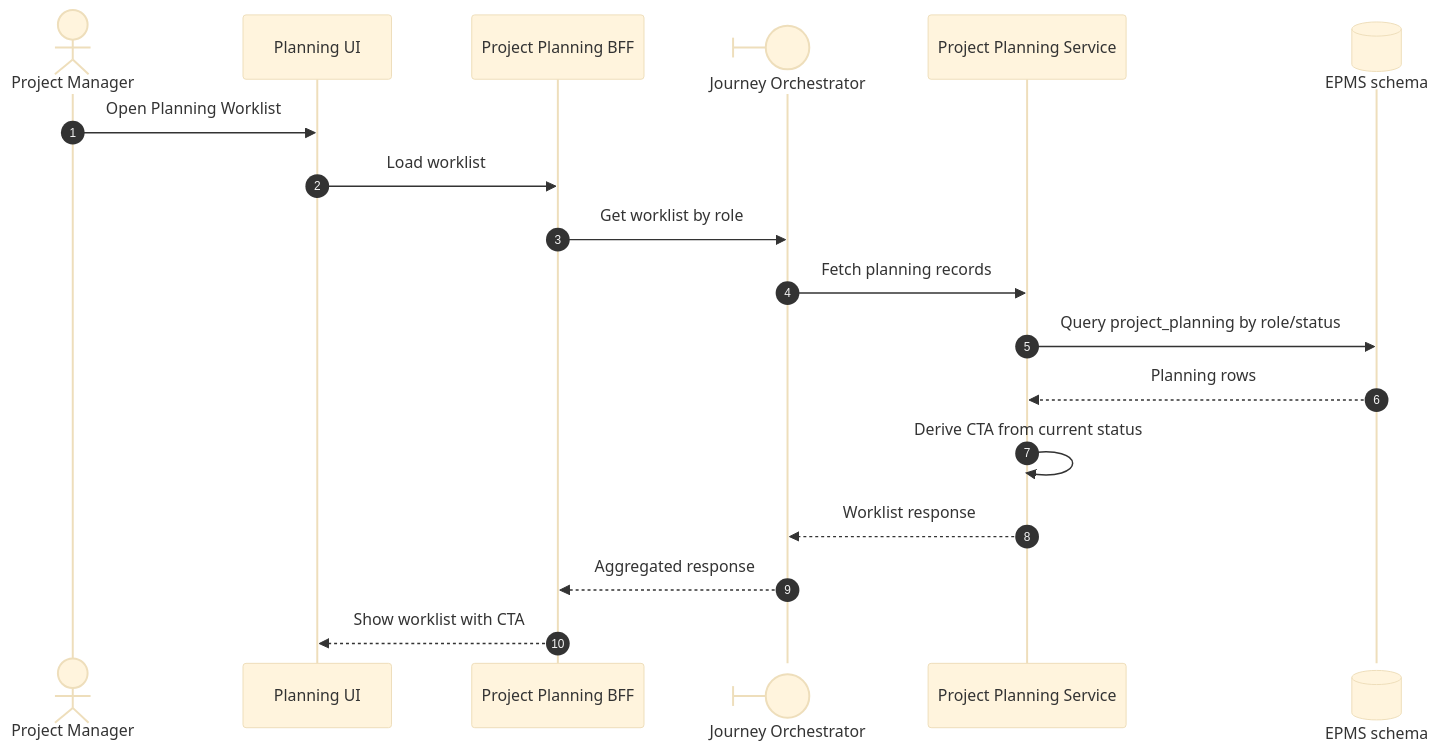
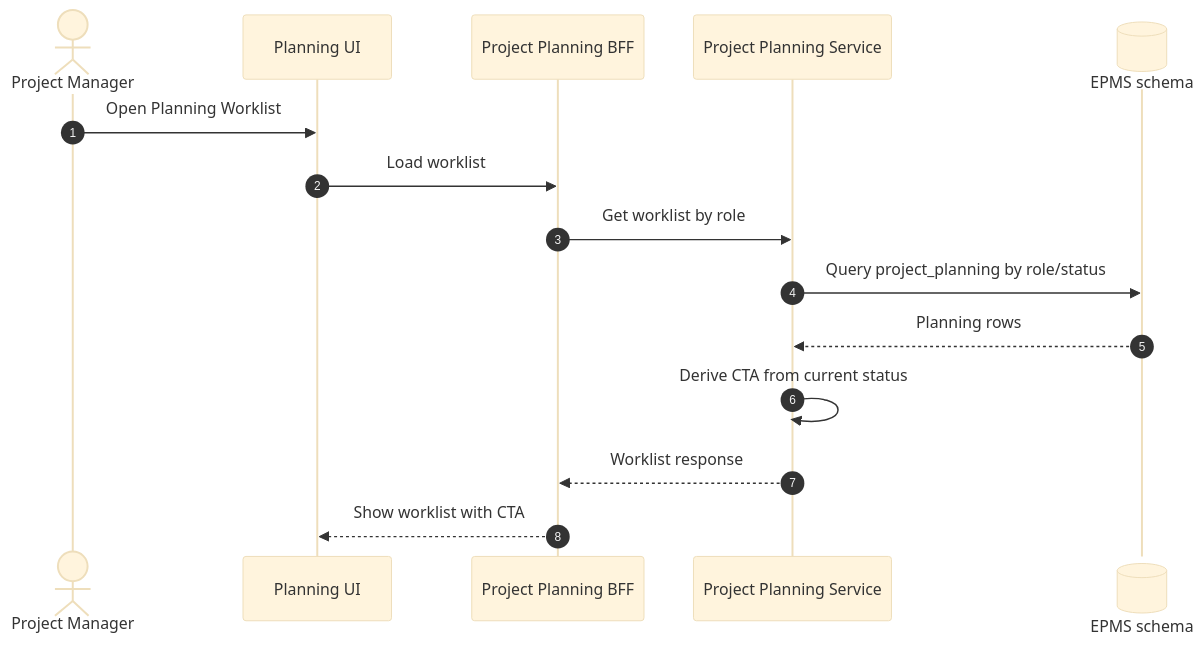
One commit to sougata2000/epms changed the diagram in 02 Solution Architecture/diagrams/Planning/View Planning work items with CTA.mmd. Above: the diagram before and after it, drawn with Mermaid. The commit also changed 41 other files, not shown here.

```diff
--- a/02 Solution Architecture/diagrams/Planning/View Planning work items with CTA.mmd
+++ b/02 Solution Architecture/diagrams/Planning/View Planning work items with CTA.mmd
@@ -1,27 +1,25 @@
 ---
 config:
   sequence: {}
   theme: base
 ---
 %%{init: {'flowchart': {'compactMode': true}}}%%
 sequenceDiagram
 autonumber
 actor PM as Project Manager
 
 
 participant UI as Planning UI
 participant BFF as Project Planning BFF
-participant ORCH@{ "type":"boundary", "alias":"Journey Orchestrator"}
+%%participant ORCH@{ "type":"boundary", "alias":"Journey Orchestrator"}
 participant PPS as Project Planning Service
-participant DB@{ "type": "database", "alias": "EPMS schema"}
+participant READDB@{ "type": "database", "alias": "EPMS schema"}
 
 PM->>UI: Open Planning Worklist
 UI->>BFF: Load worklist
-BFF->>ORCH: Get worklist by role
-ORCH->>PPS: Fetch planning records
-PPS->>DB: Query project_planning by role/status
-DB-->>PPS: Planning rows
+BFF->>PPS: Get worklist by role
+PPS->>READDB: Query project_planning by role/status
+READDB-->>PPS: Planning rows
 PPS->>PPS: Derive CTA from current status
-PPS-->>ORCH: Worklist response
-ORCH-->>BFF: Aggregated response
+PPS-->>BFF: Worklist response
 BFF-->>UI: Show worklist with CTA
```
